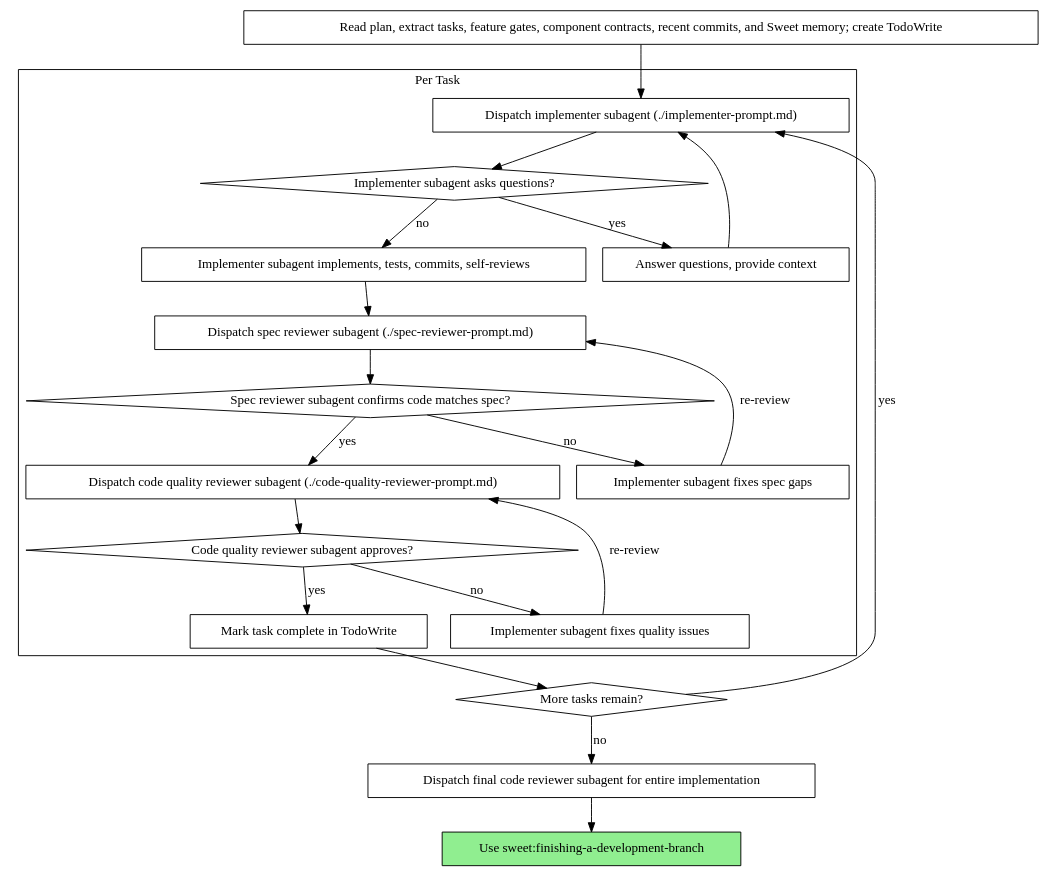
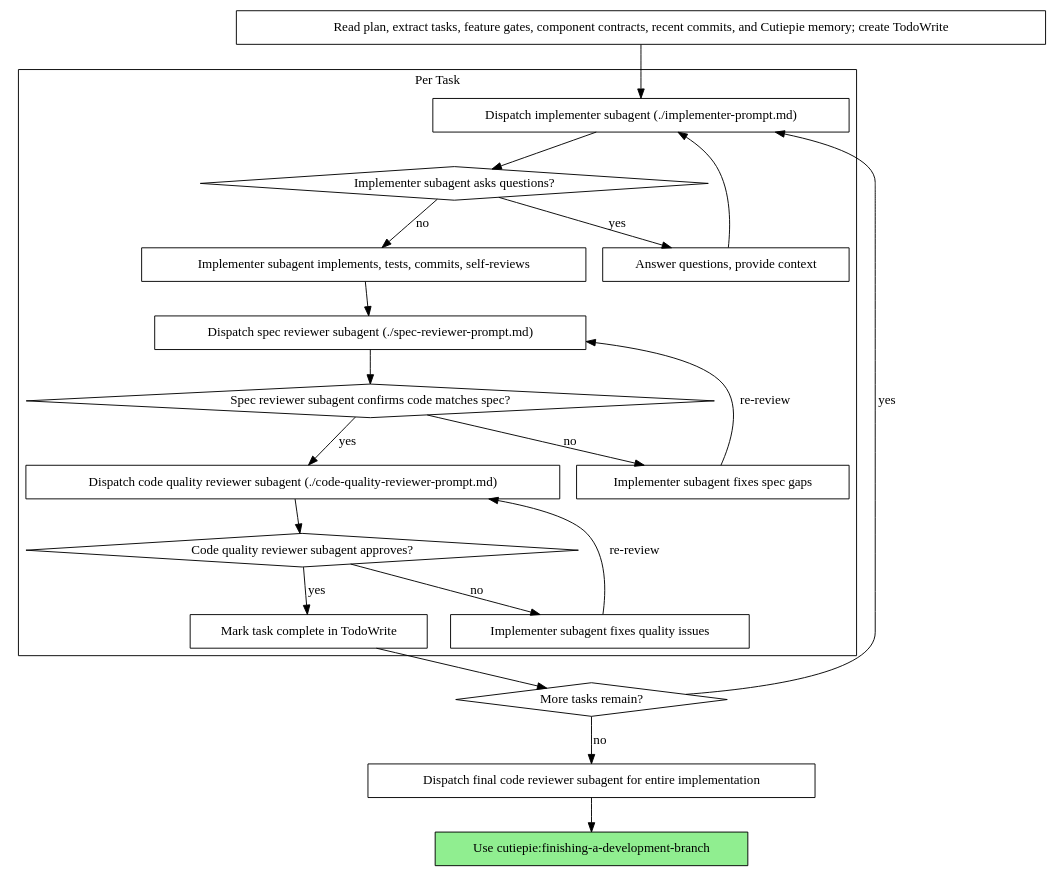
Before and after one commit to mattoh91/tif: the second of 2 diagrams in skills/subagent-driven-development/SKILL.md, drawn with Graphviz. The commit also changed other lines of this file and 119 other files, not shown here.

Commit message:
chore: rename Sweet namespace to Cutiepie

````diff
--- a/skills/subagent-driven-development/SKILL.md
+++ b/skills/subagent-driven-development/SKILL.md
@@ -74,44 +74,44 @@
 ```dot
 digraph process {
     rankdir=TB;
 
     subgraph cluster_per_task {
         label="Per Task";
         "Dispatch implementer subagent (./implementer-prompt.md)" [shape=box];
         "Implementer subagent asks questions?" [shape=diamond];
         "Answer questions, provide context" [shape=box];
         "Implementer subagent implements, tests, commits, self-reviews" [shape=box];
         "Dispatch spec reviewer subagent (./spec-reviewer-prompt.md)" [shape=box];
         "Spec reviewer subagent confirms code matches spec?" [shape=diamond];
         "Implementer subagent fixes spec gaps" [shape=box];
         "Dispatch code quality reviewer subagent (./code-quality-reviewer-prompt.md)" [shape=box];
         "Code quality reviewer subagent approves?" [shape=diamond];
         "Implementer subagent fixes quality issues" [shape=box];
         "Mark task complete in TodoWrite" [shape=box];
     }
 
-    "Read plan, extract tasks, feature gates, component contracts, recent commits, and Sweet memory; create TodoWrite" [shape=box];
+    "Read plan, extract tasks, feature gates, component contracts, recent commits, and Cutiepie memory; create TodoWrite" [shape=box];
     "More tasks remain?" [shape=diamond];
     "Dispatch final code reviewer subagent for entire implementation" [shape=box];
-    "Use sweet:finishing-a-development-branch" [shape=box style=filled fillcolor=lightgreen];
+    "Use cutiepie:finishing-a-development-branch" [shape=box style=filled fillcolor=lightgreen];
 
-    "Read plan, extract tasks, feature gates, component contracts, recent commits, and Sweet memory; create TodoWrite" -> "Dispatch implementer subagent (./implementer-prompt.md)";
+    "Read plan, extract tasks, feature gates, component contracts, recent commits, and Cutiepie memory; create TodoWrite" -> "Dispatch implementer subagent (./implementer-prompt.md)";
     "Dispatch implementer subagent (./implementer-prompt.md)" -> "Implementer subagent asks questions?";
     "Implementer subagent asks questions?" -> "Answer questions, provide context" [label="yes"];
     "Answer questions, provide context" -> "Dispatch implementer subagent (./implementer-prompt.md)";
     "Implementer subagent asks questions?" -> "Implementer subagent implements, tests, commits, self-reviews" [label="no"];
     "Implementer subagent implements, tests, commits, self-reviews" -> "Dispatch spec reviewer subagent (./spec-reviewer-prompt.md)";
     "Dispatch spec reviewer subagent (./spec-reviewer-prompt.md)" -> "Spec reviewer subagent confirms code matches spec?";
     "Spec reviewer subagent confirms code matches spec?" -> "Implementer subagent fixes spec gaps" [label="no"];
     "Implementer subagent fixes spec gaps" -> "Dispatch spec reviewer subagent (./spec-reviewer-prompt.md)" [label="re-review"];
     "Spec reviewer subagent confirms code matches spec?" -> "Dispatch code quality reviewer subagent (./code-quality-reviewer-prompt.md)" [label="yes"];
     "Dispatch code quality reviewer subagent (./code-quality-reviewer-prompt.md)" -> "Code quality reviewer subagent approves?";
     "Code quality reviewer subagent approves?" -> "Implementer subagent fixes quality issues" [label="no"];
     "Implementer subagent fixes quality issues" -> "Dispatch code quality reviewer subagent (./code-quality-reviewer-prompt.md)" [label="re-review"];
     "Code quality reviewer subagent approves?" -> "Mark task complete in TodoWrite" [label="yes"];
     "Mark task complete in TodoWrite" -> "More tasks remain?";
     "More tasks remain?" -> "Dispatch implementer subagent (./implementer-prompt.md)" [label="yes"];
     "More tasks remain?" -> "Dispatch final code reviewer subagent for entire implementation" [label="no"];
-    "Dispatch final code reviewer subagent for entire implementation" -> "Use sweet:finishing-a-development-branch";
+    "Dispatch final code reviewer subagent for entire implementation" -> "Use cutiepie:finishing-a-development-branch";
 }
 ```
````
